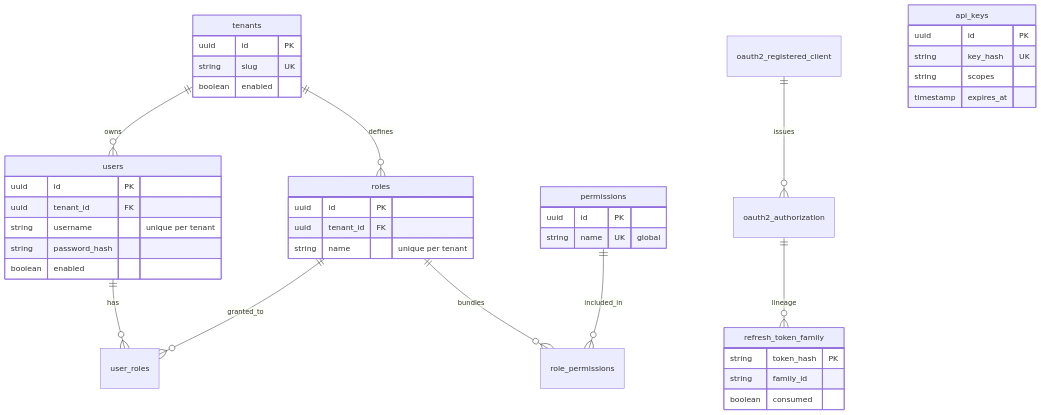
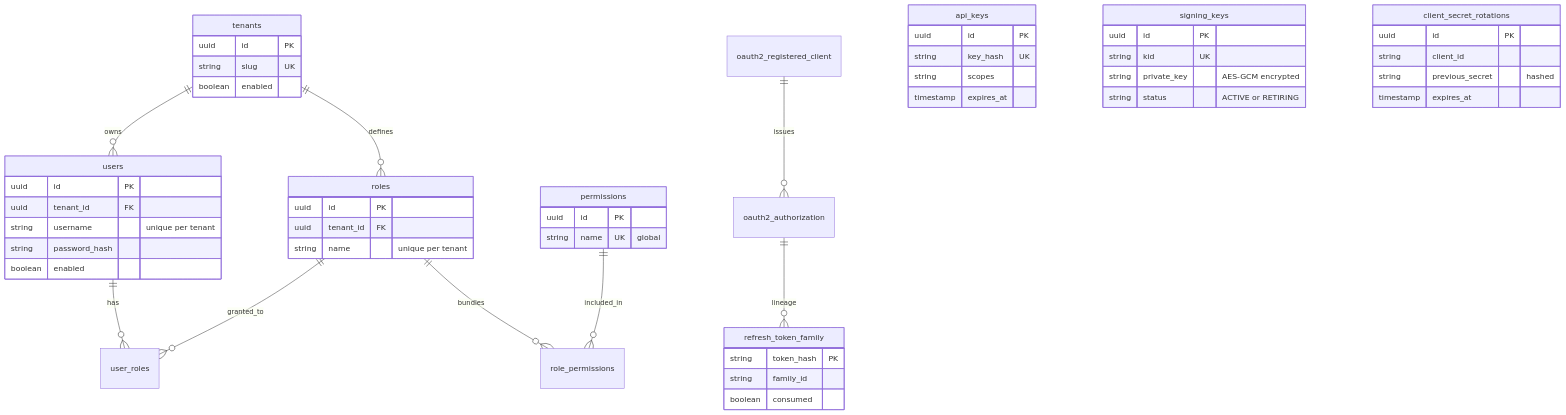
The second of 2 diagrams in README.md (ezat141/authcore), drawn with Mermaid before and after one commit. The commit also changed other lines of this file, not shown here.

Commit message:
docs: update README for M7 key rotation, revocation, and secret rotation

````diff
--- a/README.md
+++ b/README.md
@@ -440,44 +571,56 @@
 ```mermaid
 erDiagram
     tenants ||--o{ users : owns
     tenants ||--o{ roles : defines
     users ||--o{ user_roles : has
     roles ||--o{ user_roles : granted_to
     roles ||--o{ role_permissions : bundles
     permissions ||--o{ role_permissions : included_in
     oauth2_registered_client ||--o{ oauth2_authorization : issues
     oauth2_authorization ||--o{ refresh_token_family : lineage
 
     tenants {
         uuid id PK
         string slug UK
         boolean enabled
     }
     users {
         uuid id PK
         uuid tenant_id FK
         string username "unique per tenant"
         string password_hash
         boolean enabled
     }
     roles {
         uuid id PK
         uuid tenant_id FK
         string name "unique per tenant"
     }
     permissions {
         uuid id PK
         string name UK "global"
     }
     refresh_token_family {
         string token_hash PK
         string family_id
         boolean consumed
     }
     api_keys {
         uuid id PK
         string key_hash UK
         string scopes
         timestamp expires_at
     }
+    signing_keys {
+        uuid id PK
+        string kid UK
+        string private_key "AES-GCM encrypted"
+        string status "ACTIVE or RETIRING"
+    }
+    client_secret_rotations {
+        uuid id PK
+        string client_id
+        string previous_secret "hashed"
+        timestamp expires_at
+    }
 ```
````
